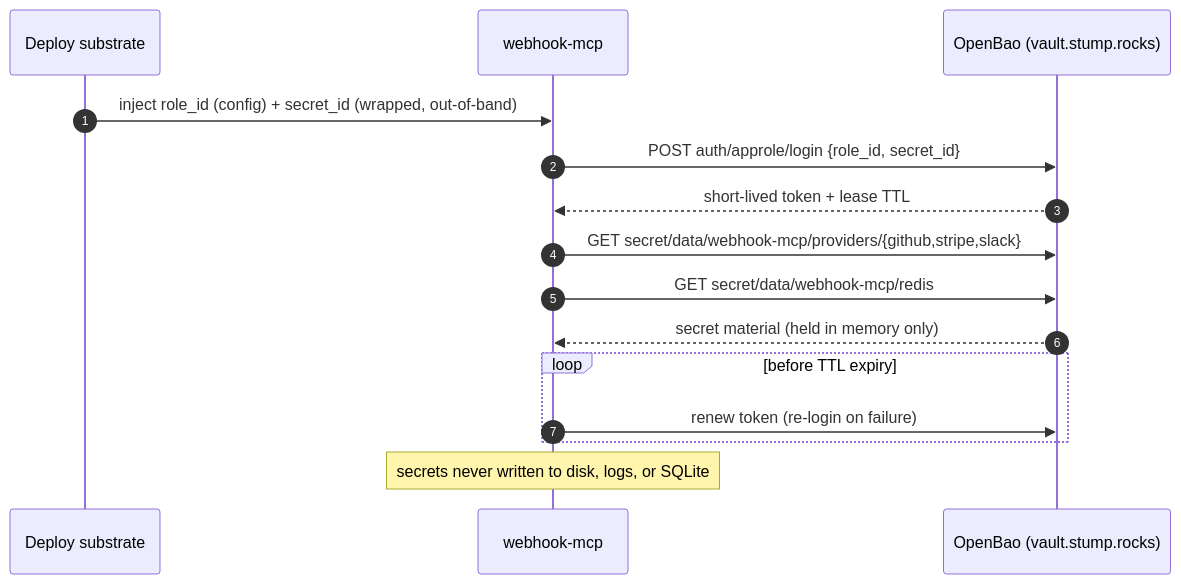
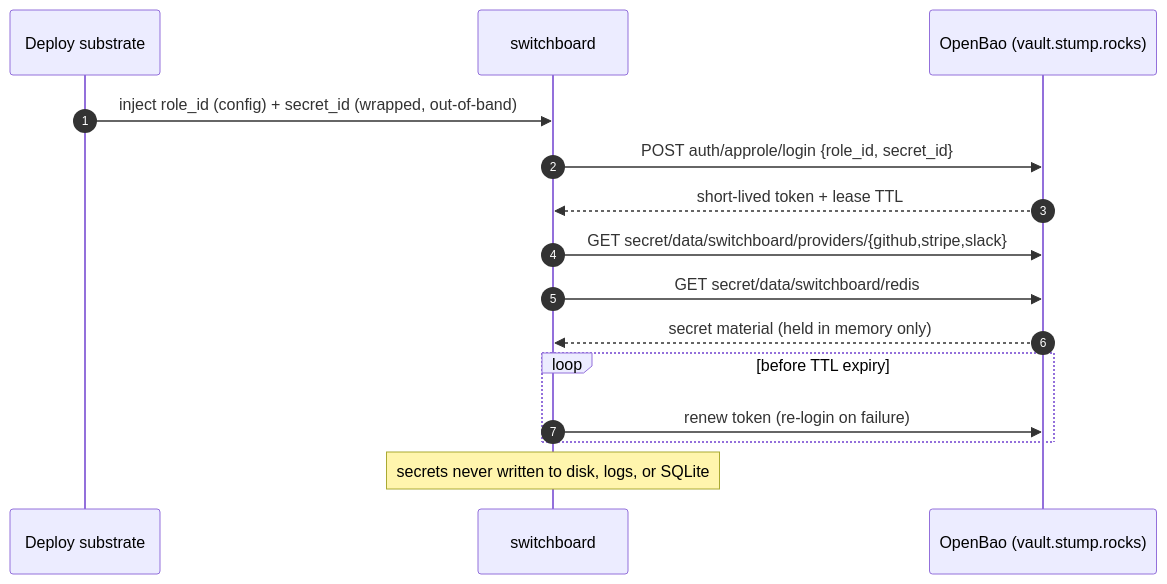
The diagram in docs/adr/ADR-004-secrets-management-openbao-approle.md (stump-wtf/switchboard), drawn with Mermaid before and after one commit. The commit also changed other lines of this file and 17 other files, not shown here.

````diff
--- a/docs/adr/ADR-004-secrets-management-openbao-approle.md
+++ b/docs/adr/ADR-004-secrets-management-openbao-approle.md
@@ -111,17 +111,17 @@
 ```mermaid
 sequenceDiagram
     autonumber
     participant Boot as Deploy substrate
-    participant App as webhook-mcp
+    participant App as switchboard
     participant Bao as OpenBao (vault.stump.rocks)
     Boot->>App: inject role_id (config) + secret_id (wrapped, out-of-band)
     App->>Bao: POST auth/approle/login {role_id, secret_id}
     Bao-->>App: short-lived token + lease TTL
-    App->>Bao: GET secret/data/webhook-mcp/providers/{github,stripe,slack}
-    App->>Bao: GET secret/data/webhook-mcp/redis
+    App->>Bao: GET secret/data/switchboard/providers/{github,stripe,slack}
+    App->>Bao: GET secret/data/switchboard/redis
     Bao-->>App: secret material (held in memory only)
     loop before TTL expiry
         App->>Bao: renew token (re-login on failure)
     end
     Note over App: secrets never written to disk, logs, or SQLite
 ```
````
